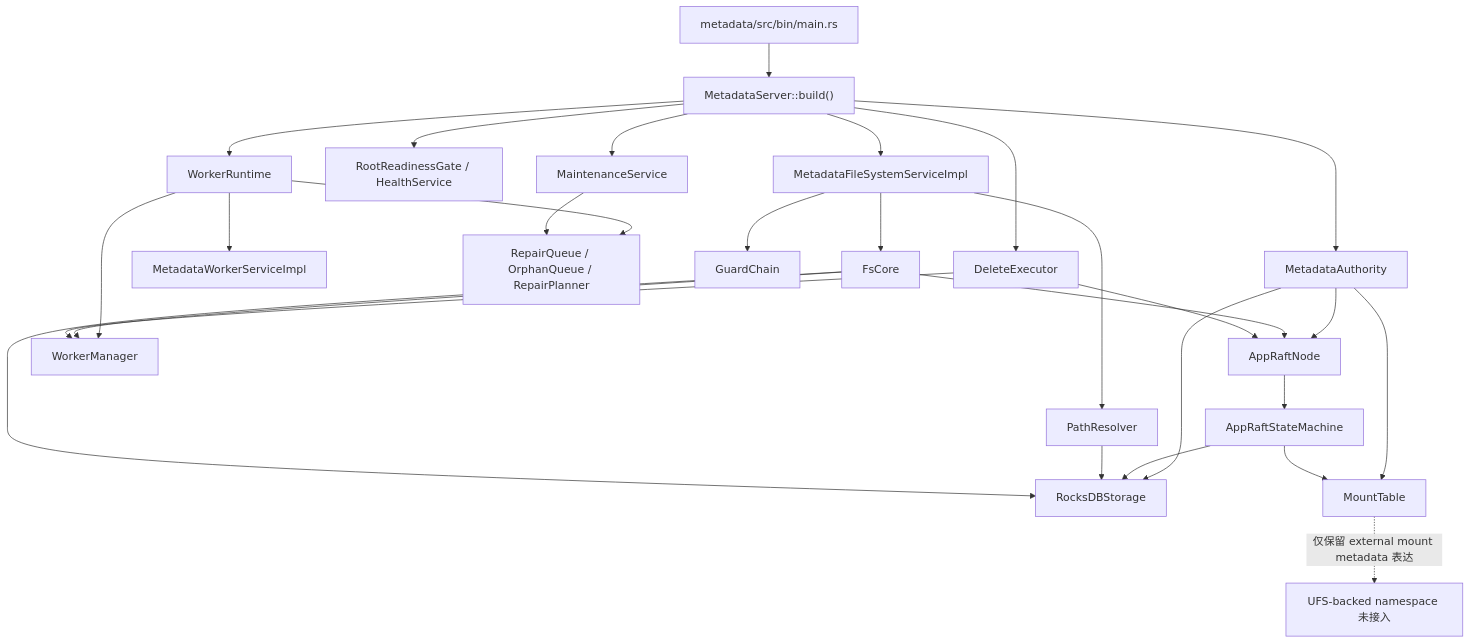
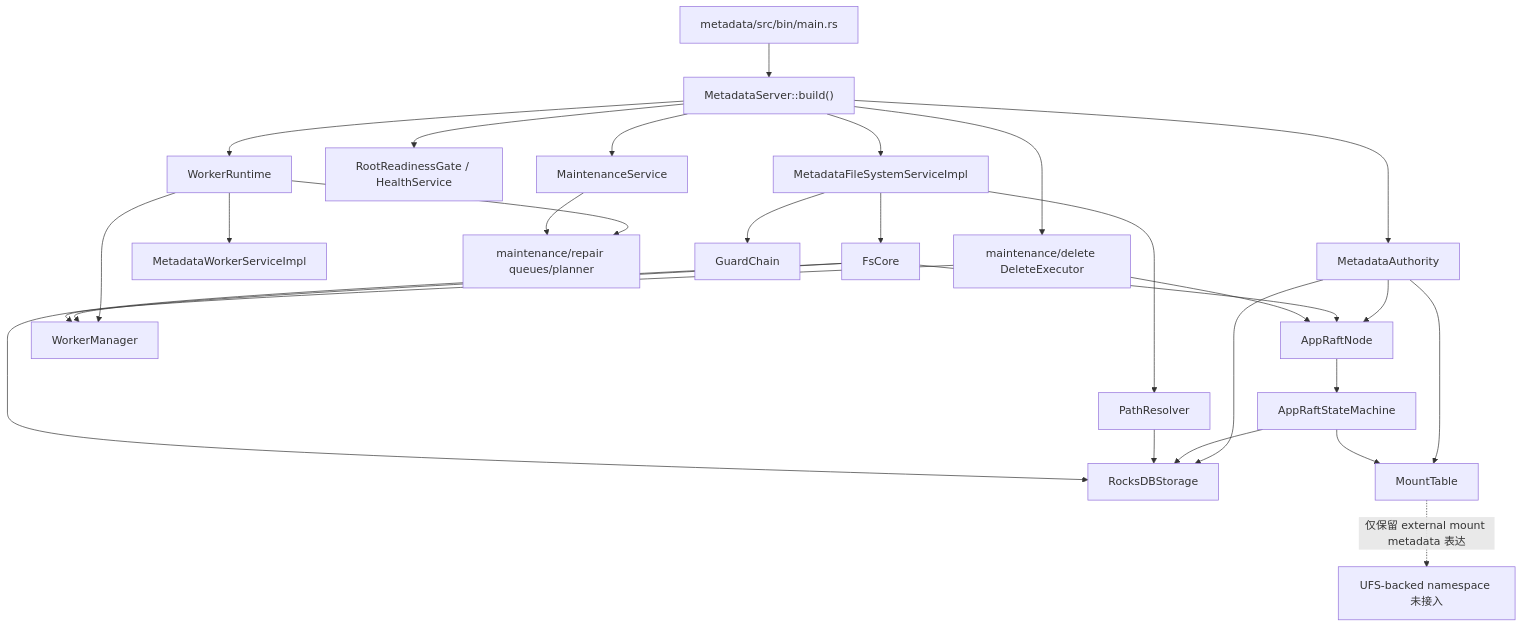
One commit to zouhuajian/beryl changed the diagram in metadata/README_ZH.md. Above: the diagram before and after it, drawn with Mermaid. The commit also changed other lines of this file and 24 other files, not shown here.

Commit message:
metadata: move repair and delete ownership into maintenance

````diff
--- a/metadata/README_ZH.md
+++ b/metadata/README_ZH.md
@@ -30,34 +30,34 @@
 ```mermaid
 flowchart TB
     Main["metadata/src/bin/main.rs"] --> Runtime["MetadataServer::build()"]
     Runtime --> Authority["MetadataAuthority"]
     Authority --> Storage["RocksDBStorage"]
     Authority --> Mount["MountTable"]
     Authority --> Raft["AppRaftNode"]
     Raft --> SM["AppRaftStateMachine"]
     SM --> Storage
     SM --> Mount
 
     Runtime --> WorkerRt["WorkerRuntime"]
     WorkerRt --> WorkerSvc["MetadataWorkerServiceImpl"]
     WorkerRt --> WorkerMgr["WorkerManager"]
-    WorkerRt --> Repair["RepairQueue / OrphanQueue / RepairPlanner"]
+    WorkerRt --> Repair["maintenance/repair queues/planner"]
 
     Runtime --> Ready["RootReadinessGate / HealthService"]
     Runtime --> FS["MetadataFileSystemServiceImpl"]
     FS --> Guard["GuardChain"]
     FS --> Resolver["PathResolver"]
     FS --> Core["FsCore"]
     Resolver --> Storage
     Core --> Raft
     Core --> Storage
     Core --> WorkerMgr
 
     Runtime --> Maint["MaintenanceService"]
-    Runtime --> DeleteExec["DeleteExecutor"]
+    Runtime --> DeleteExec["maintenance/delete DeleteExecutor"]
     Maint --> Repair
     DeleteExec --> WorkerMgr
     DeleteExec --> Raft
 
     Mount -. "仅保留 external mount metadata 表达" .-> UFS["UFS-backed namespace 未接入"]
 ```
````
